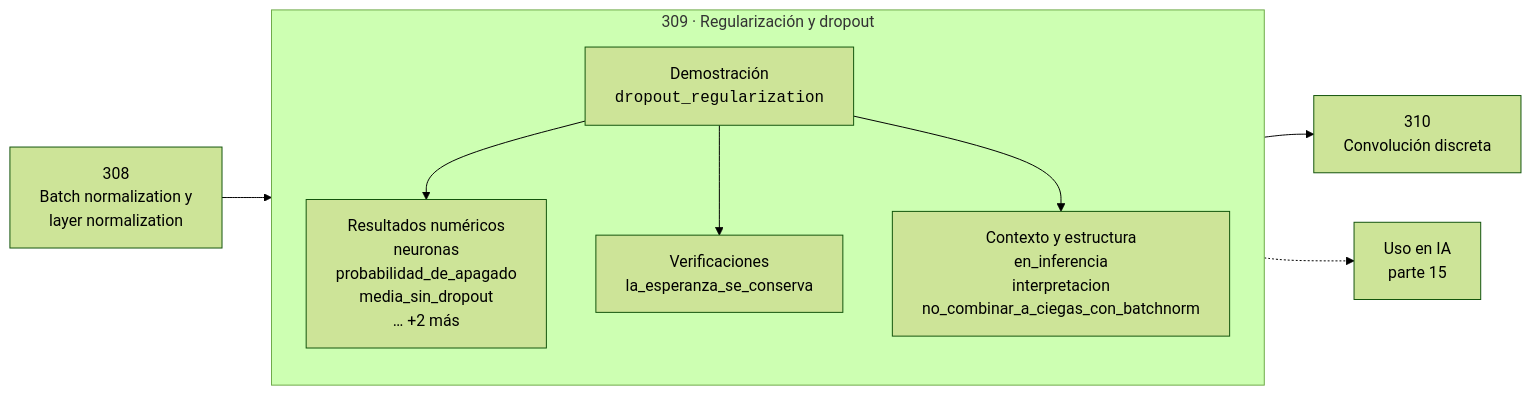
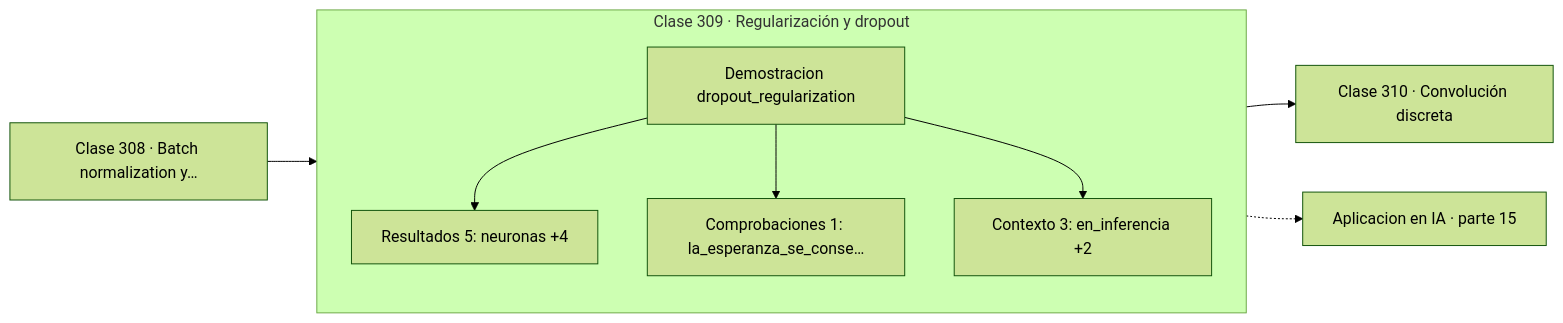
Before and after one commit to vladimiracunadev-create/computational-mathematics-program: the diagram in classes/part-15-matematica-de-deep-learning/309-regularizacion-y-dropout/README.md, drawn with Mermaid (forest theme). The commit also changed 389 other files, not shown here.

First line of the commit message:
fix(diagramas): elimina el HTML de las etiquetas Mermaid

````diff
--- a/classes/part-15-matematica-de-deep-learning/309-regularizacion-y-dropout/README.md
+++ b/classes/part-15-matematica-de-deep-learning/309-regularizacion-y-dropout/README.md
@@ -30,12 +30,13 @@
 ```mermaid
 flowchart LR
-    P["308<br/>Batch normalization y<br/>layer normalization"] --> C
-    subgraph C["309 · Regularización y dropout"]
+    P["Clase 308 · Batch normalization y…"] --> D
+    subgraph CLASE["Clase 309 · Regularización y dropout"]
         direction TB
-        D["Demostración<br/><code>dropout_regularization</code>"] --> R["Resultados numéricos<br/>neuronas<br/>probabilidad_de_apagado<br/>media_sin_dropout<br/>… +2 más"]
-        D --> V["Verificaciones<br/>la_esperanza_se_conserva"]
-        D --> O["Contexto y estructura<br/>en_inferencia<br/>interpretacion<br/>no_combinar_a_ciegas_con_batchnorm"]
+        D["Demostracion dropout_regularization"]
+        D --> R["Resultados 5: neuronas +4"]
+        D --> V["Comprobaciones 1: la_esperanza_se_conse…"]
+        D --> O["Contexto 3: en_inferencia +2"]
     end
-    C --> N["310<br/>Convolución discreta"]
-    C -.-> IA["Uso en IA<br/>parte 15"]
+    R --> N["Clase 310 · Convolución discreta"]
+    V -.-> IA["Aplicacion en IA · parte 15"]
 ```
````
